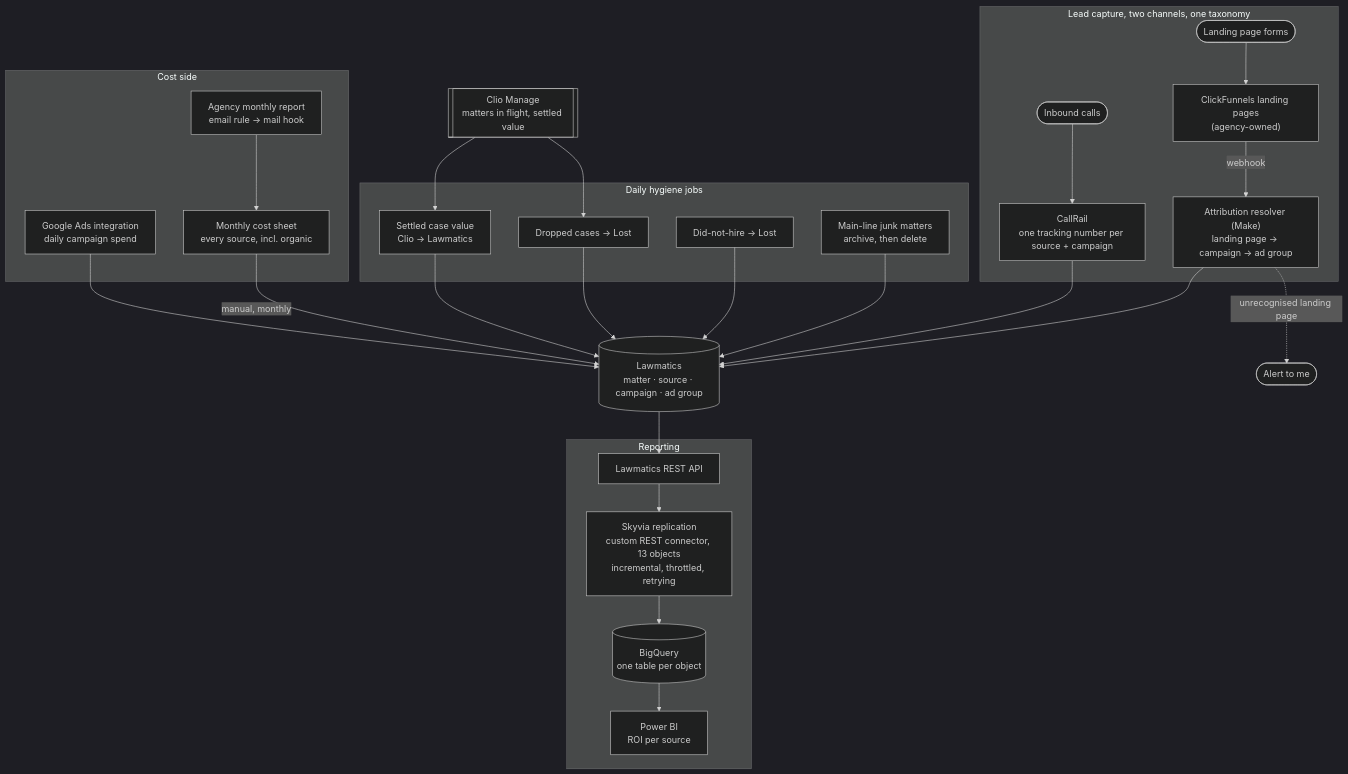
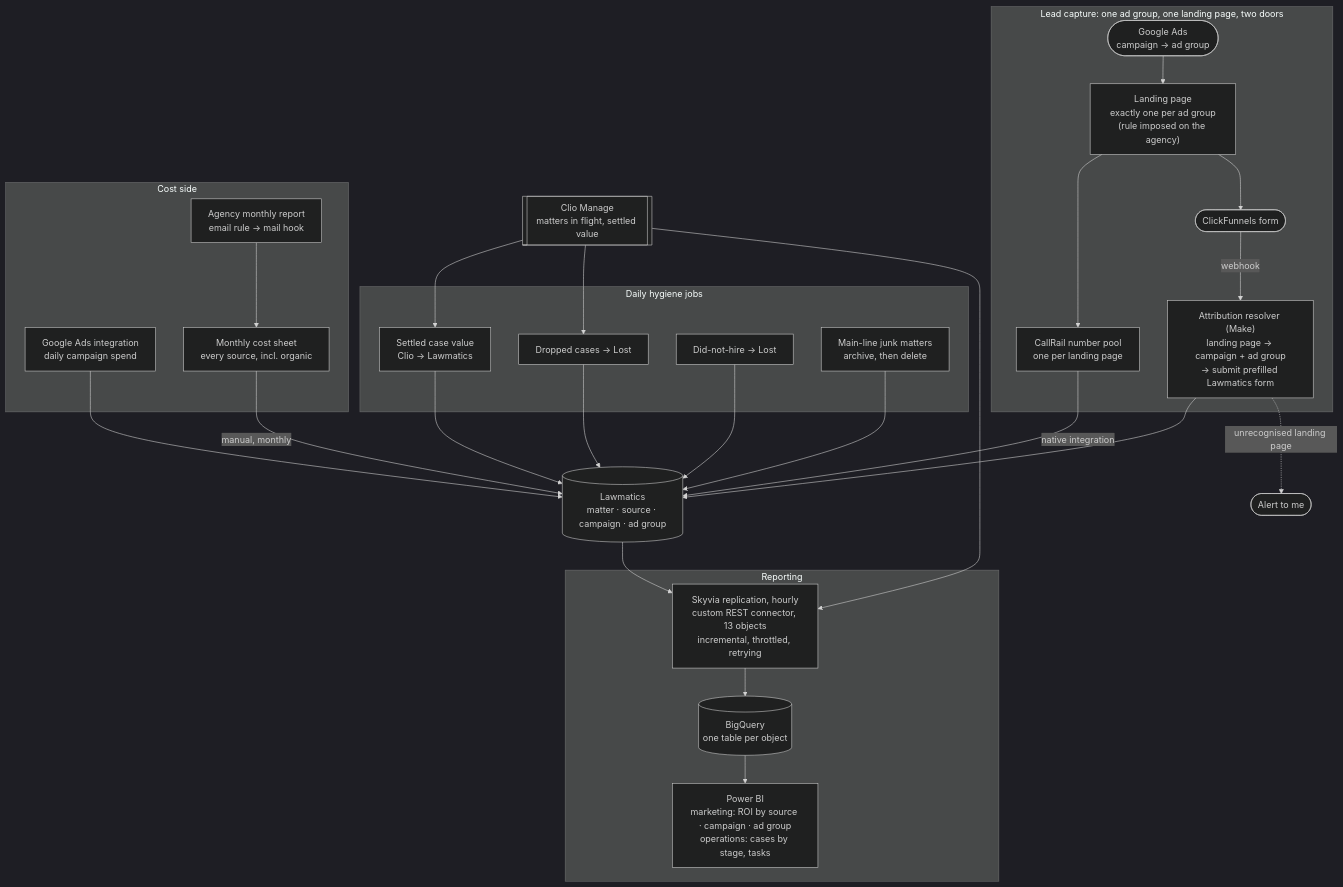
Before and after one commit to laraderosa-lab/laraderosa-solutions: the diagram in marketing-attribution/README.md, drawn with Mermaid (dark theme). The commit also changed other lines of this file and 1 other file, not shown here.

First line of the commit message:
Correct the attribution mechanism and the origin of the problem

````diff
--- a/marketing-attribution/README.md
+++ b/marketing-attribution/README.md
@@ -180,46 +211,48 @@
 ```mermaid
 flowchart TB
-  subgraph capture["Lead capture, two channels, one taxonomy"]
-    calls(["Inbound calls"])
-    forms(["Landing page forms"])
-    cr["CallRail<br/>one tracking number per source + campaign"]
-    cf["ClickFunnels landing pages<br/>(agency-owned)"]
-    resolver["Attribution resolver (Make)<br/>landing page → campaign → ad group"]
+  subgraph capture["Lead capture: one ad group, one landing page, two doors"]
+    ag(["Google Ads<br/>campaign → ad group"])
+    lp["Landing page<br/>exactly one per ad group<br/>(rule imposed on the agency)"]
+    cr["CallRail number pool<br/>one per landing page"]
+    form(["ClickFunnels form"])
+    resolver["Attribution resolver (Make)<br/>landing page → campaign + ad group<br/>→ submit prefilled Lawmatics form"]
   end
 
   lm[("Lawmatics<br/>matter · source · campaign · ad group")]
   clio[["Clio Manage<br/>matters in flight, settled value"]]
 
   subgraph costs["Cost side"]
     ads["Google Ads integration<br/>daily campaign spend"]
     report["Agency monthly report<br/>email rule → mail hook"]
     sheet["Monthly cost sheet<br/>every source, incl. organic"]
   end
 
   subgraph hygiene["Daily hygiene jobs"]
     h1["Settled case value<br/>Clio → Lawmatics"]
     h2["Dropped cases → Lost"]
     h3["Did-not-hire → Lost"]
     h4["Main-line junk matters<br/>archive, then delete"]
   end
 
   subgraph bi["Reporting"]
-    api["Lawmatics REST API"]
-    sky["Skyvia replication<br/>custom REST connector, 13 objects<br/>incremental, throttled, retrying"]
+    sky["Skyvia replication, hourly<br/>custom REST connector, 13 objects<br/>incremental, throttled, retrying"]
     bq[("BigQuery<br/>one table per object")]
-    pbi["Power BI<br/>ROI per source"]
+    pbi["Power BI<br/>marketing: ROI by source · campaign · ad group<br/>operations: cases by stage, tasks"]
   end
 
   alert(["Alert to me"])
 
-  calls --> cr --> lm
-  forms --> cf -->|webhook| resolver --> lm
+  ag --> lp
+  lp --> cr -->|"native integration"| lm
+  lp --> form -->|webhook| resolver --> lm
   resolver -.->|"unrecognised landing page"| alert
   ads --> lm
   report --> sheet -->|"manual, monthly"| lm
   clio --> h1 --> lm
   clio --> h2 --> lm
   h3 --> lm
   h4 --> lm
-  lm --> api --> sky --> bq --> pbi
+  lm --> sky
+  clio --> sky
+  sky --> bq --> pbi
 ```
````
